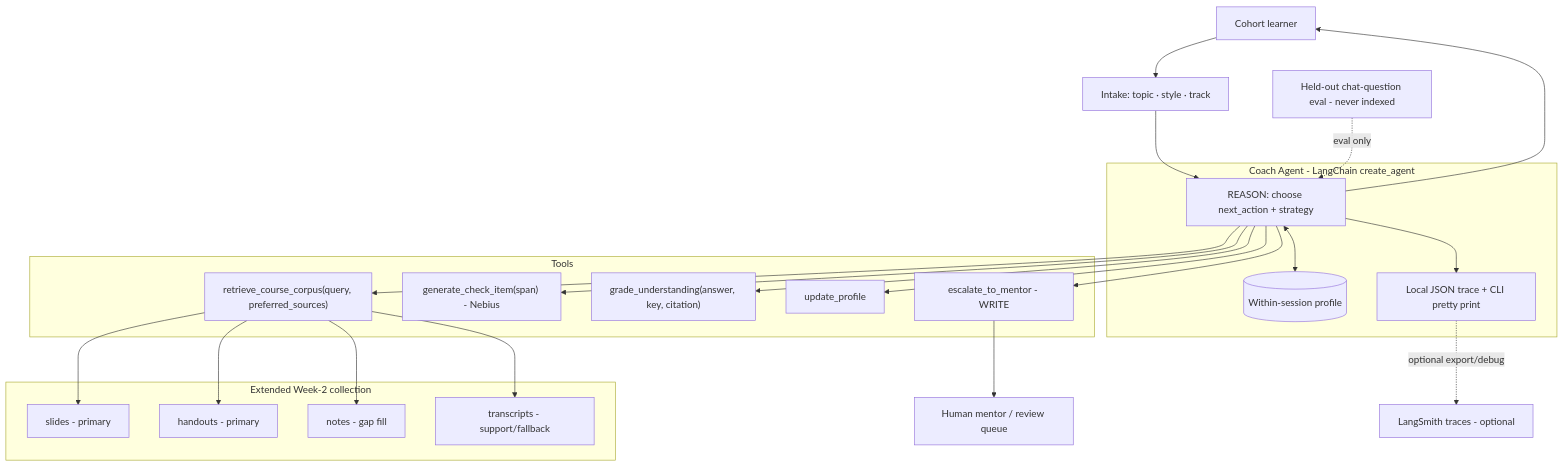
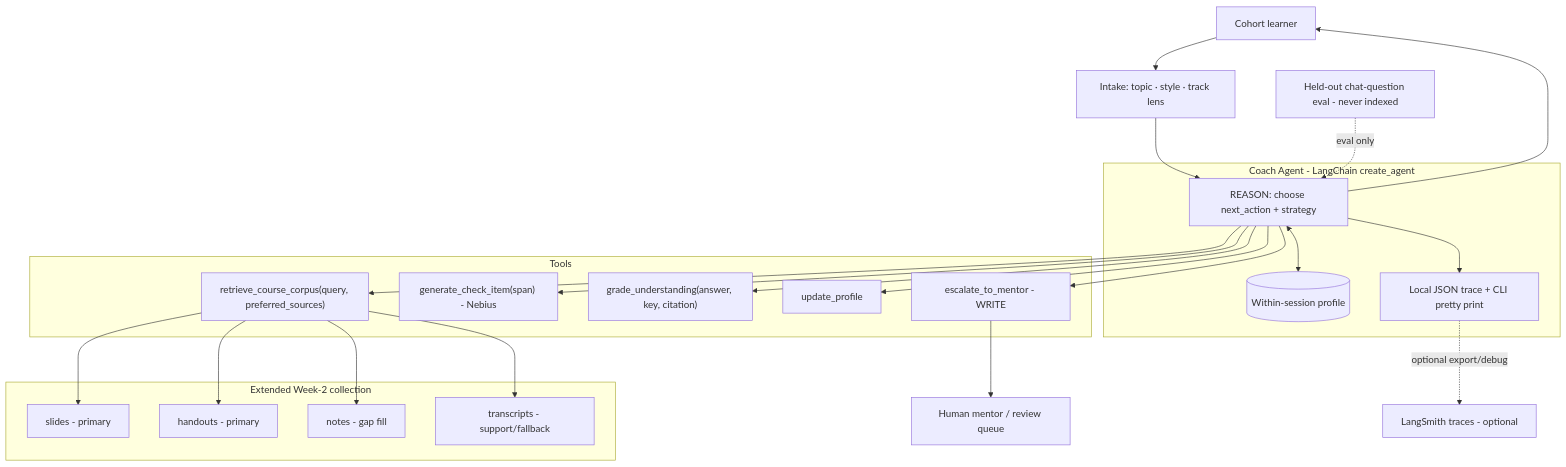
Before and after one commit to manjunath84/genacademy-coach: the first of 7 diagrams in docs/architecture-diagrams.md, drawn with Mermaid. The commit also changed other lines of this file and 6 other files, not shown here.

Commit message:
docs: clarify track lens and interview pull-in

````diff
--- a/docs/architecture-diagrams.md
+++ b/docs/architecture-diagrams.md
@@ -32,47 +34,47 @@
 ```mermaid
 flowchart TD
     User["Cohort learner"]
-    Intake["Intake: topic · style · track"]
+    Intake["Intake: topic · style · track lens"]
 
     subgraph Agent["Coach Agent - LangChain create_agent"]
         Reason["REASON: choose next_action + strategy"]
         Profile[("Within-session profile")]
         Trace["Local JSON trace + CLI pretty print"]
     end
 
     subgraph Tools["Tools"]
         R["retrieve_course_corpus(query, preferred_sources)"]
         Gen["generate_check_item(span) - Nebius"]
         Grade["grade_understanding(answer, key, citation)"]
         Update["update_profile"]
         Esc["escalate_to_mentor - WRITE"]
     end
 
     subgraph Corpus["Extended Week-2 collection"]
         Slides["slides - primary"]
         Handouts["handouts - primary"]
         Notes["notes - gap fill"]
         Transcripts["transcripts - support/fallback"]
     end
 
     Eval["Held-out chat-question eval - never indexed"]
     Mentor["Human mentor / review queue"]
     LangSmith["LangSmith traces - optional"]
 
     User --> Intake --> Reason
     Reason <--> Profile
     Reason --> R
     R --> Slides
     R --> Handouts
     R --> Notes
     R --> Transcripts
     Reason --> Gen
     Reason --> Grade
     Reason --> Update
     Reason --> Esc
     Reason --> Trace
     Trace -. optional export/debug .-> LangSmith
     Esc --> Mentor
     Eval -. eval only .-> Reason
     Reason --> User
 ```
````
